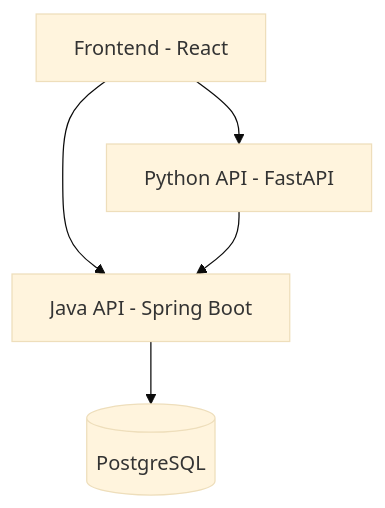
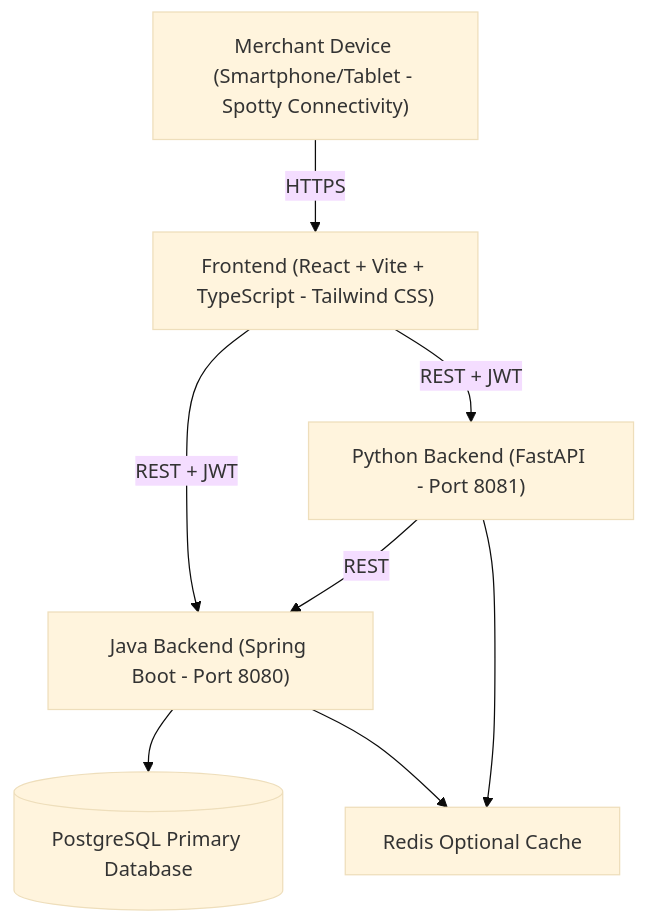
Before and after one commit to rado4002/-SalesFlow-Lite: the first of 4 diagrams in docs/Architecture Design .md, drawn with Mermaid (base theme). The commit also changed other lines of this file, not shown here.

First line of the commit message:
Update Architecture Design .md

````diff
--- a/docs/Architecture Design .md
+++ b/docs/Architecture Design .md
@@ -15,12 +35,22 @@
 ```mermaid
-graph TD
-    F[Frontend - React]
-    P[Python API - FastAPI]
-    J[Java API - Spring Boot]
-    DB[(PostgreSQL)]
+graph TB
+    U["Merchant Device (Smartphone/Tablet - Spotty Connectivity)"]
+    F["Frontend (React + Vite + TypeScript - Tailwind CSS)"]
+    J["Java Backend (Spring Boot - Port 8080)"]
+    P["Python Backend (FastAPI - Port 8081)"]
+    DB[(PostgreSQL Primary Database)]
+    Cache[Redis Optional Cache]
 
-    F --> J
-    F --> P
-    P --> J
+    U -->|HTTPS| F
+    F -->|REST + JWT| J
+    F -->|REST + JWT| P
+    P -->|REST| J
     J --> DB
+    P --> Cache
+    J --> Cache
+
+    class F fill:#c8e6c9
+    class J fill:#fff9c4
+    class P fill:#ffccbc
+    class DB fill:#d1c4e9
 ```
````
